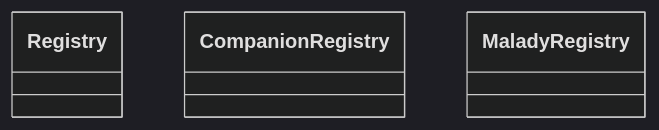
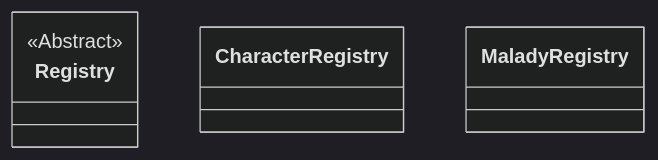
Before and after one commit to mnaatjes/oregon-trail-clone: the sixth of 6 diagrams in docs/design/characters.md, drawn with Mermaid (dark theme). The commit also changed 10 other files, not shown here.

````diff
--- a/docs/design/characters.md
+++ b/docs/design/characters.md
@@ -134,6 +134,6 @@
 ```mermaid
 classDiagram
-    class Registry
-    class CompanionRegistry
+    class Registry {<<Abstract>>}
+    class CharacterRegistry
     class MaladyRegistry
 ```
````
